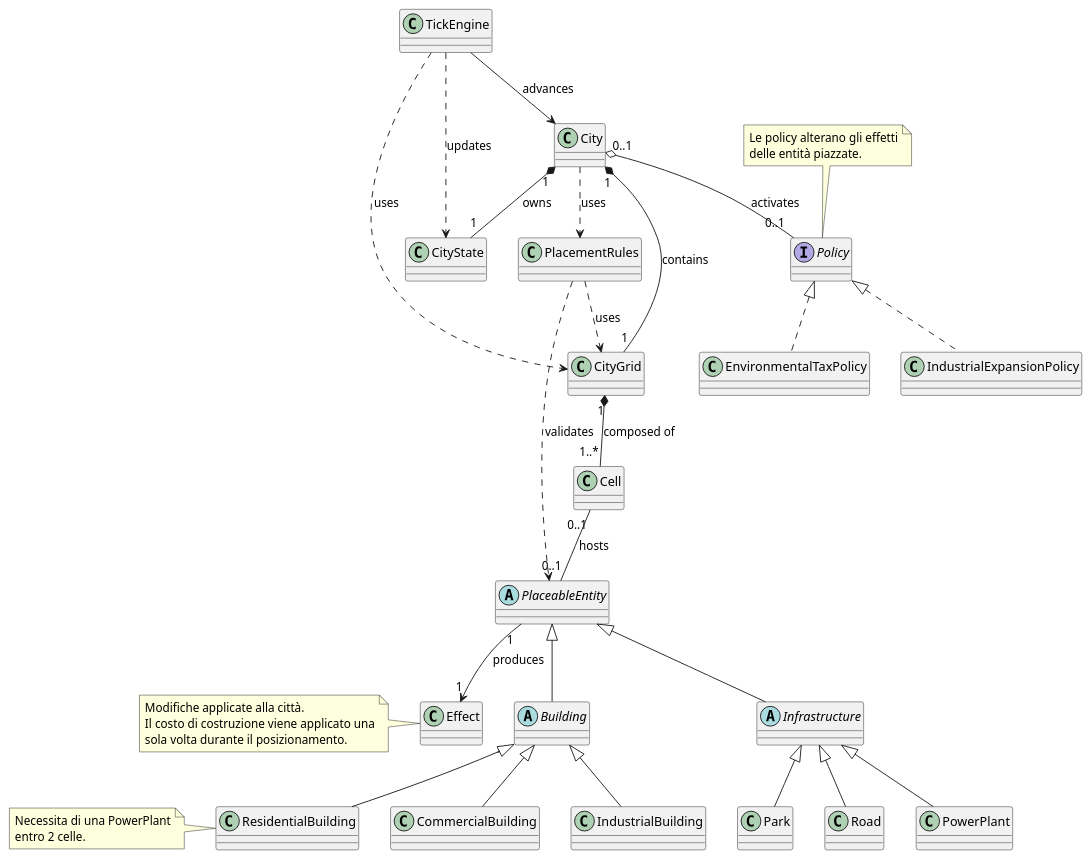
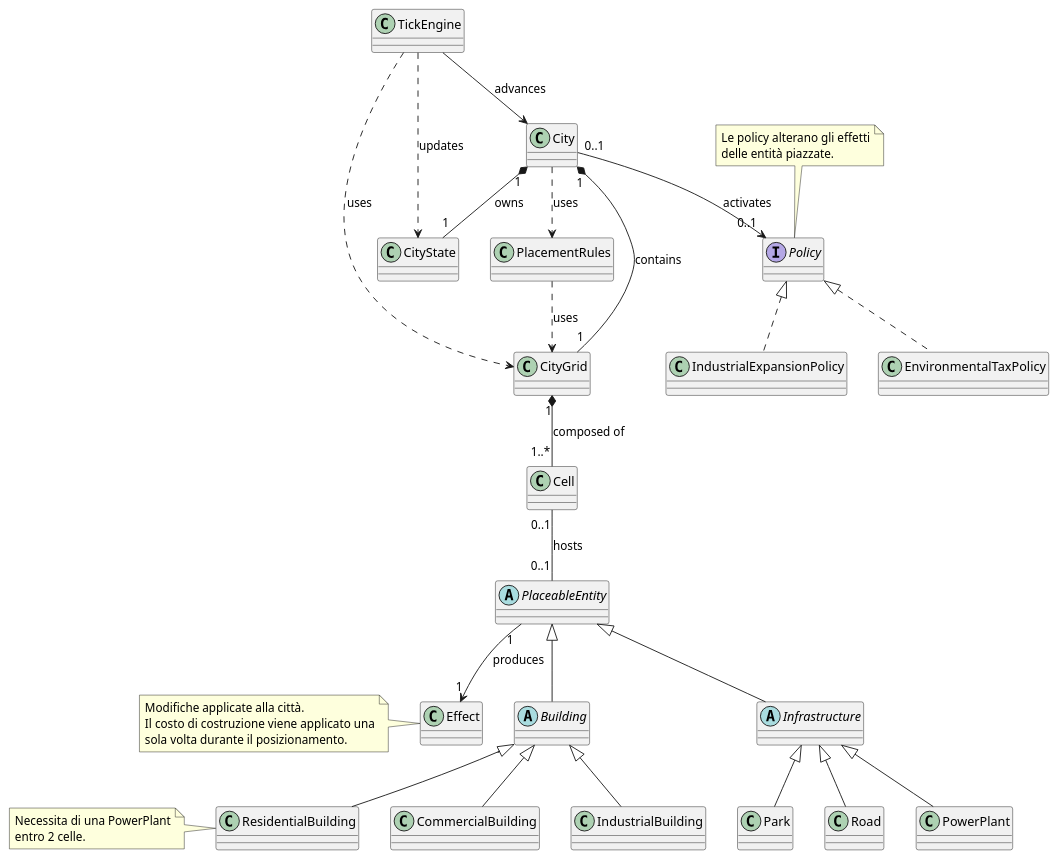
The diagram in documents/diagrams_md/domain_class_model.md (Anna-code17/ssa_project), drawn with PlantUML before and after one commit.

```diff
--- a/documents/diagrams_md/domain_class_model.md
+++ b/documents/diagrams_md/domain_class_model.md
@@ -36,7 +36,7 @@
 
 City "1" *-- "1" CityGrid : contains
 City "1" *-- "1" CityState : owns
-City "0..1" o-- "0..1" Policy : activates
+City "0..1" --> "0..1" Policy : activates
 
 
 CityGrid "1" *-- "1..*" Cell : composed of
@@ -63,7 +63,6 @@
 TickEngine ..> CityGrid : uses
 TickEngine ..> CityState : updates
 PlacementRules ..> CityGrid : uses
-PlacementRules ..> PlaceableEntity : validates
 
 
 ' =========================
```
